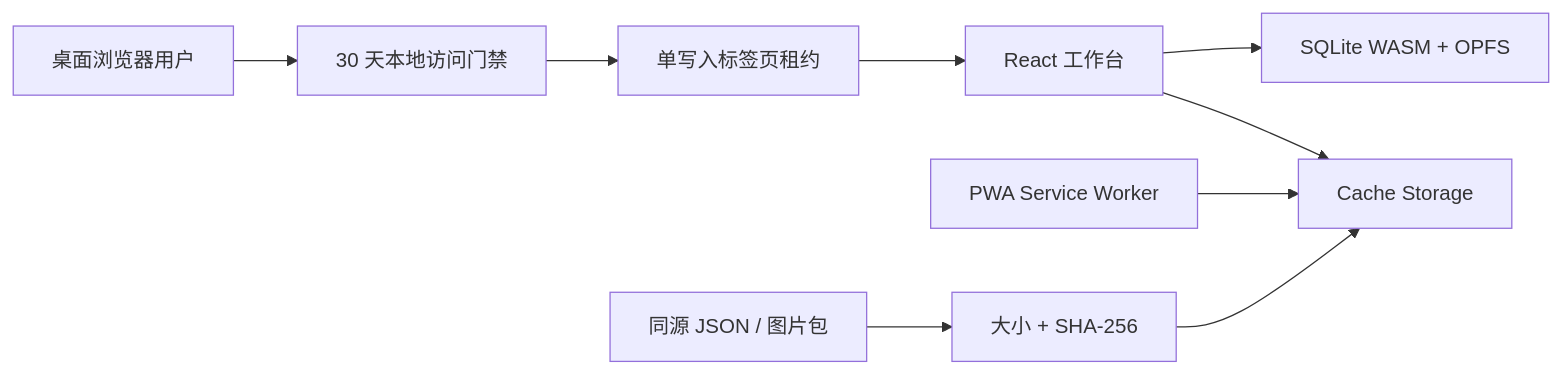
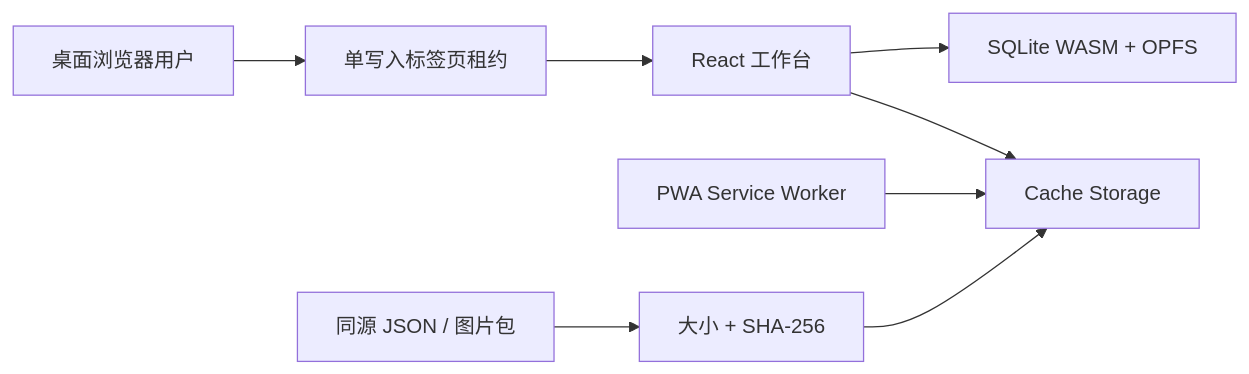
One commit to Pandluto/dmg-end-field changed the diagram in docs/architecture/overview.md. Above: the diagram before and after it, drawn with Mermaid. The commit also changed other lines of this file and 22 other files, not shown here.

````diff
--- a/docs/architecture/overview.md
+++ b/docs/architecture/overview.md
@@ -7,11 +7,10 @@
 ```mermaid
 flowchart LR
-  User["桌面浏览器用户"] --> Gate["30 天本地访问门禁"]
-  Gate --> Lease["单写入标签页租约"]
+  User["桌面浏览器用户"] --> Lease["单写入标签页租约"]
   Lease --> UI["React 工作台"]
   UI --> DB["SQLite WASM + OPFS"]
   UI --> Cache["Cache Storage"]
   SW["PWA Service Worker"] --> Cache
   Packages["同源 JSON / 图片包"] --> Verify["大小 + SHA-256"]
   Verify --> Cache
 ```
````
